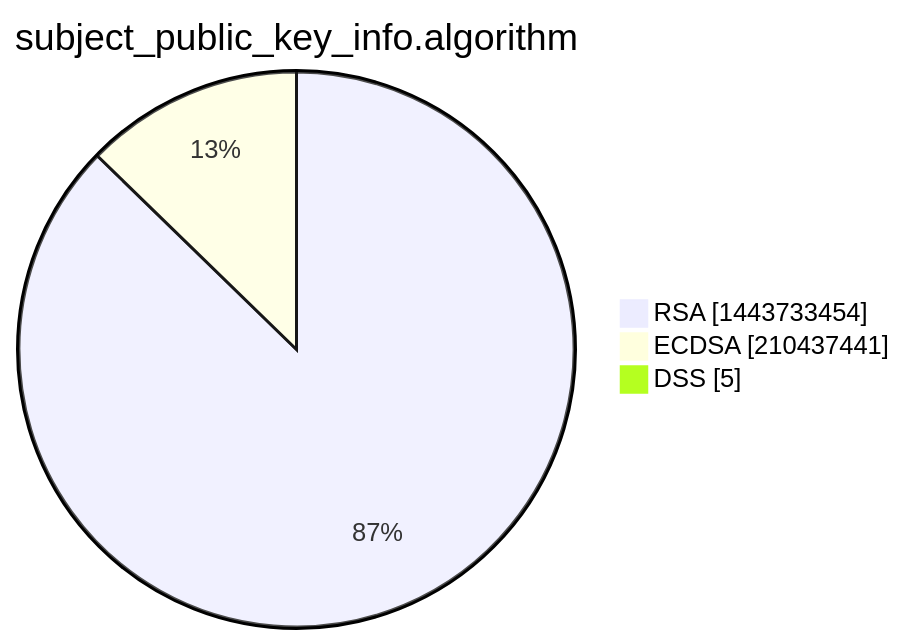
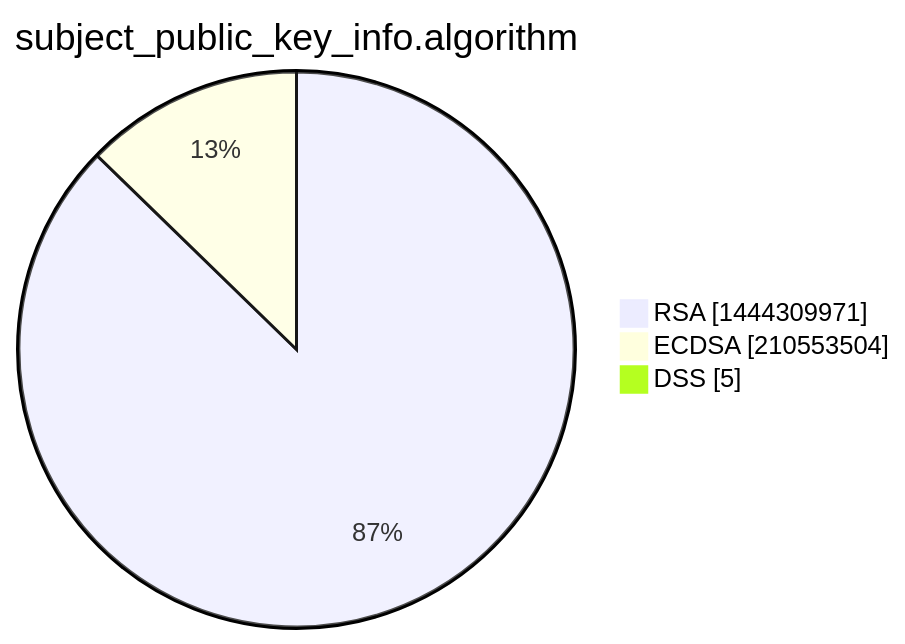
One commit to christiankrug/ctmonitor_visualization changed the third of 15 diagrams in xenon2022/README.md. Above: the diagram before and after it, drawn with Mermaid. The commit also changed other lines of this file, not shown here.

````diff
--- a/xenon2022/README.md
+++ b/xenon2022/README.md
@@ -14,7 +14,7 @@
 ```mermaid
 pie showData
 title subject_public_key_info.algorithm
-"RSA" :1443733454
-"ECDSA" :210437441
+"RSA" :1444309971
+"ECDSA" :210553504
 "DSS" :5
 ```
````
